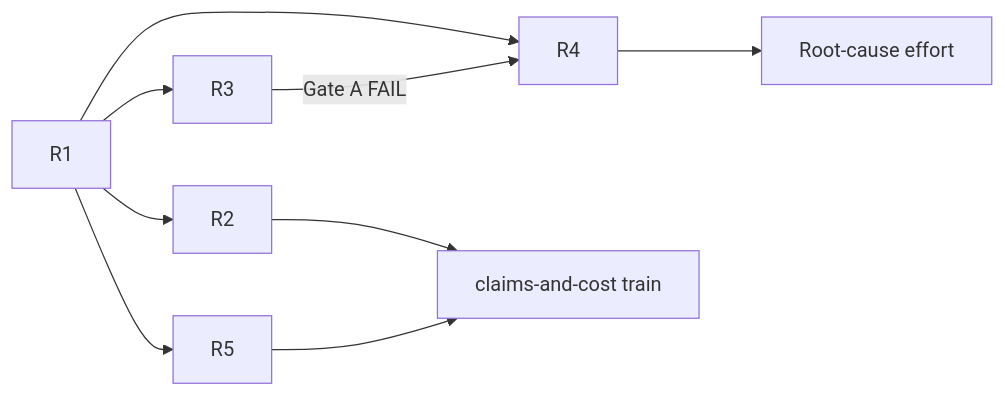
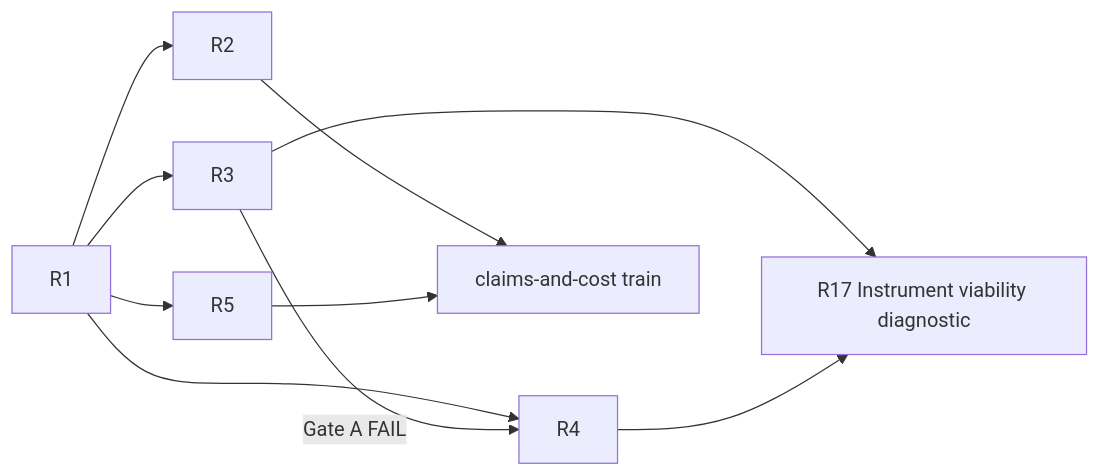
One commit to Mathews-Tom/archex changed the second of 3 diagrams in .docs/DEVELOPMENT_PLAN.md. Above: the diagram before and after it, drawn with Mermaid. The commit also changed other lines of this file and 1 other file, not shown here.

First line of the commit message:
docs(plan): reconcile R17 instrument viability design

````diff
--- a/.docs/DEVELOPMENT_PLAN.md
+++ b/.docs/DEVELOPMENT_PLAN.md
@@ -422,11 +445,12 @@
 ```mermaid
 graph LR
   R1 --> R2
   R1 --> R3
   R1 --> R4
   R1 --> R5
   R3 -->|Gate A FAIL| R4
-  R4 --> RC[Root-cause effort]
+  R3 --> R17
+  R4 --> R17[R17 Instrument viability diagnostic]
   R2 --> T[claims-and-cost train]
   R5 --> T
 ```
````
